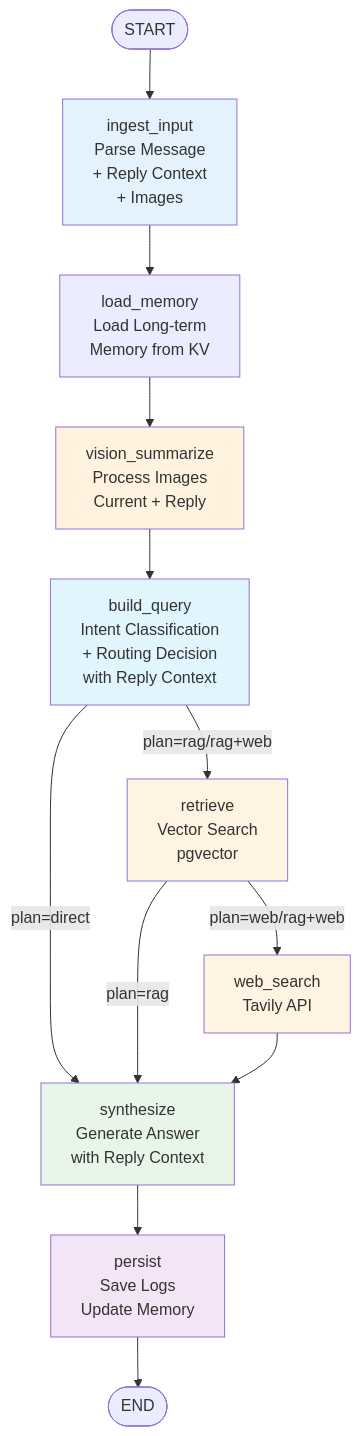
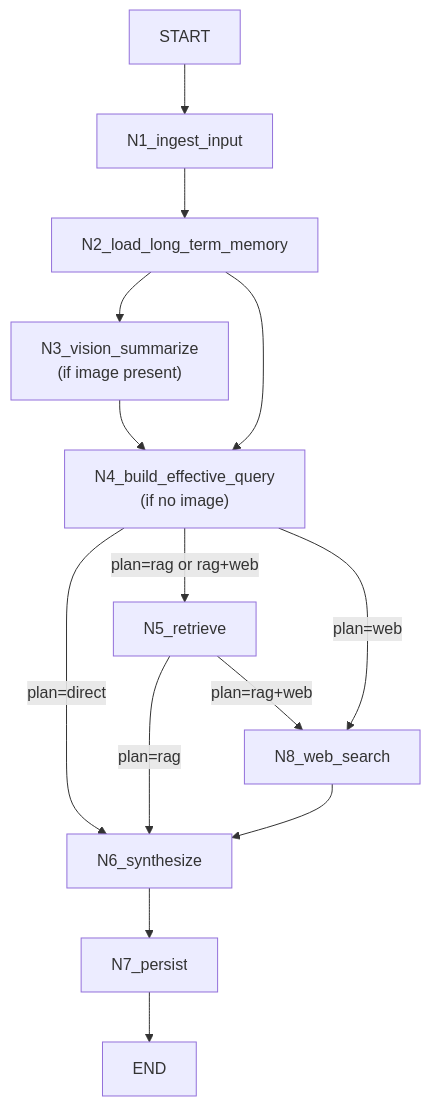
The sixth of 11 diagrams in .kiro/specs/rich-agent/design.md (posaune0423/hono-langgraph-tgbot), drawn with Mermaid before and after one commit. The commit also changed other lines of this file and 3 other files, not shown here.

````diff
--- a/.kiro/specs/rich-agent/design.md
+++ b/.kiro/specs/rich-agent/design.md
@@ -517,25 +241,21 @@
 ```mermaid
-graph TB
-    START([START]) --> N1[ingest_input<br/>Parse Message<br/>+ Reply Context<br/>+ Images]
-    N1 --> N2[load_memory<br/>Load Long-term<br/>Memory from KV]
-    N2 --> N3[vision_summarize<br/>Process Images<br/>Current + Reply]
-    N3 --> N4[build_query<br/>Intent Classification<br/>+ Routing Decision<br/>with Reply Context]
-    
-    N4 -->|plan=direct| N6[synthesize<br/>Generate Answer<br/>with Reply Context]
-    N4 -->|plan=rag/rag+web| N5[retrieve<br/>Vector Search<br/>pgvector]
-    
-    N5 -->|plan=web/rag+web| N8[web_search<br/>Tavily API]
-    N5 -->|plan=rag| N6
-    N8 --> N6
-    
-    N6 --> N7[persist<br/>Save Logs<br/>Update Memory]
-    N7 --> END([END])
-    
-    style N1 fill:#e3f2fd
-    style N3 fill:#fff3e0
-    style N4 fill:#e1f5ff
-    style N5 fill:#fff4e1
-    style N6 fill:#e8f5e9
-    style N8 fill:#fff4e1
-    style N7 fill:#f3e5f5
+graph TD
+  START_NODE["START"] --> N1["N1_ingest_input"]
+  N1 --> N2["N2_load_long_term_memory"]
+
+  N2 --> N3["N3_vision_summarize\n(if image present)"]
+  N2 --> N4["N4_build_effective_query\n(if no image)"]
+
+  N3 --> N4
+
+  N4 -->|"plan=direct"| N6["N6_synthesize"]
+  N4 -->|"plan=rag or rag+web"| N5["N5_retrieve"]
+  N4 -->|"plan=web"| N8["N8_web_search"]
+
+  N5 -->|"plan=rag"| N6
+  N5 -->|"plan=rag+web"| N8
+
+  N8 --> N6
+  N6 --> N7["N7_persist"]
+  N7 --> END_NODE["END"]
 ```
````
